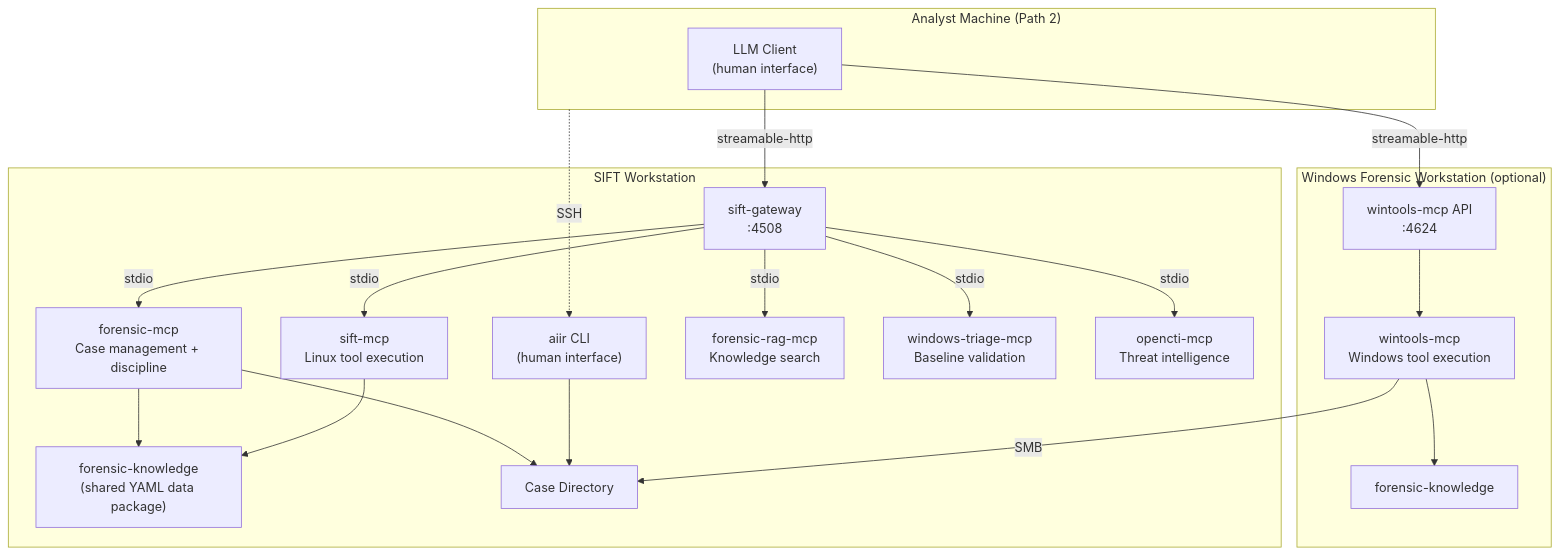
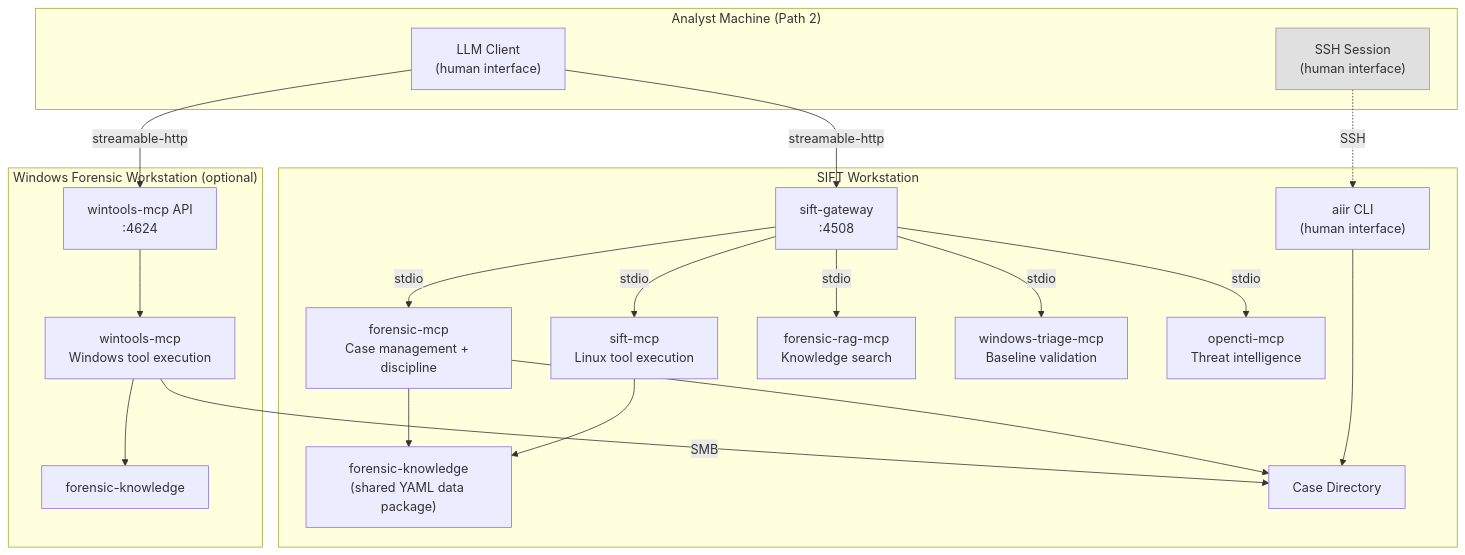
Before and after one commit to AppliedIR/aiir: the first of 6 diagrams in README.md, drawn with Mermaid. The commit also changed other lines of this file, not shown here.

Commit message:
README: add SSH session box to diagrams, split quickstart into 3 tiers

````diff
--- a/README.md
+++ b/README.md
@@ -11,41 +11,43 @@
 ```mermaid
 graph TB
     subgraph analyst ["Analyst Machine (Path 2)"]
         CC["LLM Client<br/>(human interface)"]
+        SSH["SSH Session<br/>(human interface)"]
     end
 
     subgraph sift ["SIFT Workstation"]
         CLI["aiir CLI<br/>(human interface)"]
         GW["sift-gateway<br/>:4508"]
         FM["forensic-mcp<br/>Case management + discipline"]
         SM["sift-mcp<br/>Linux tool execution"]
         FR["forensic-rag-mcp<br/>Knowledge search"]
         WTR["windows-triage-mcp<br/>Baseline validation"]
         OC["opencti-mcp<br/>Threat intelligence"]
         FK["forensic-knowledge<br/>(shared YAML data package)"]
         CASE["Case Directory"]
 
         GW -->|stdio| FM
         GW -->|stdio| SM
         GW -->|stdio| FR
         GW -->|stdio| WTR
         GW -->|stdio| OC
         FM --> FK
         SM --> FK
         FM --> CASE
         CLI --> CASE
     end
 
     subgraph winbox ["Windows Forensic Workstation (optional)"]
         WAPI["wintools-mcp API<br/>:4624"]
         WM["wintools-mcp<br/>Windows tool execution"]
         FK2["forensic-knowledge"]
         WAPI --> WM
         WM --> FK2
     end
 
     CC -->|"streamable-http"| GW
     CC -->|"streamable-http"| WAPI
-    analyst -.->|"SSH"| CLI
+    SSH -.->|"SSH"| CLI
     WM -->|"SMB"| CASE
+    style SSH fill:#e0e0e0,stroke:#999,color:#333
 ```
````
